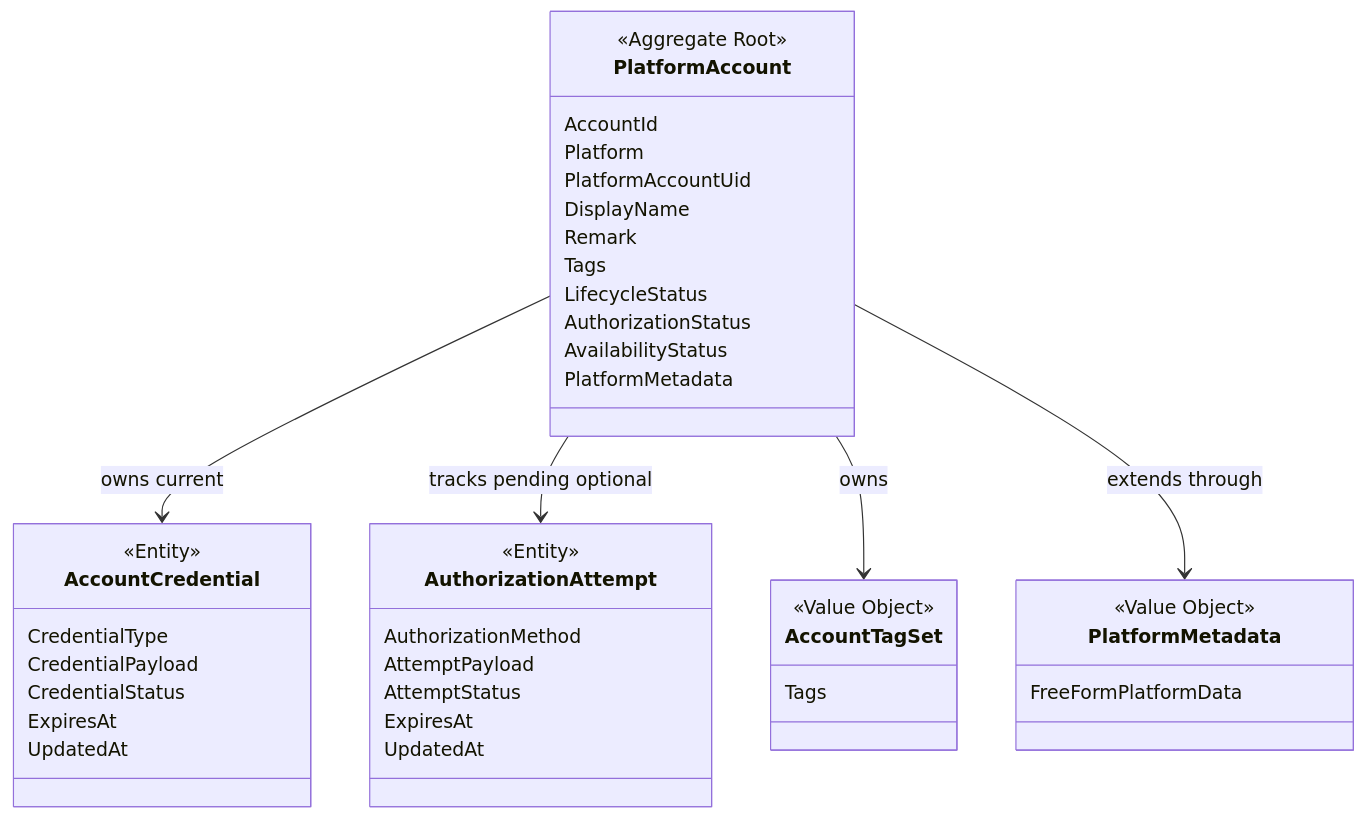
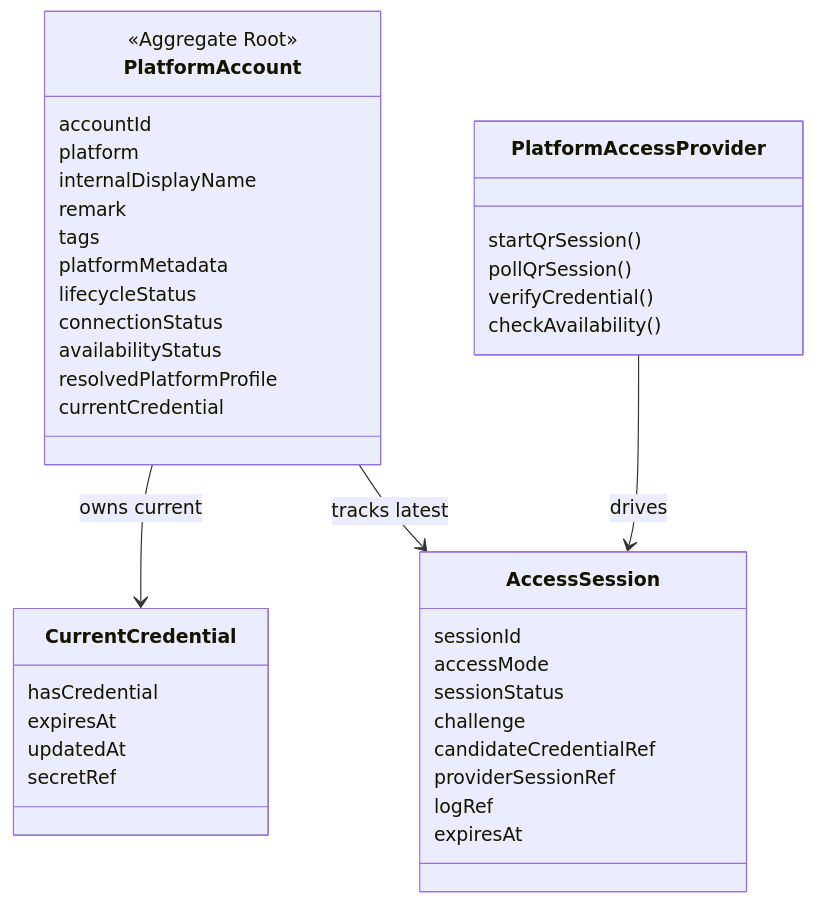
Before and after one commit to Time-Machine-Lab/CyberNomads: the diagram in docs/design/domain/Cybernomads账号池领域设计文档.md, drawn with Mermaid. The commit also changed other lines of this file and 65 other files, not shown here.

Commit message:
feat(account): rebuild account module around access sessions

````diff
--- a/docs/design/domain/Cybernomads账号池领域设计文档.md
+++ b/docs/design/domain/Cybernomads账号池领域设计文档.md
@@ -40,49 +49,46 @@
 ```mermaid
 classDiagram
     class PlatformAccount {
         <<Aggregate Root>>
-        AccountId
-        Platform
-        PlatformAccountUid
-        DisplayName
-        Remark
-        Tags
-        LifecycleStatus
-        AuthorizationStatus
-        AvailabilityStatus
-        PlatformMetadata
+        accountId
+        platform
+        internalDisplayName
+        remark
+        tags
+        platformMetadata
+        lifecycleStatus
+        connectionStatus
+        availabilityStatus
+        resolvedPlatformProfile
+        currentCredential
     }
 
-    class AccountCredential {
-        <<Entity>>
-        CredentialType
-        CredentialPayload
-        CredentialStatus
-        ExpiresAt
-        UpdatedAt
+    class CurrentCredential {
+        hasCredential
+        expiresAt
+        updatedAt
+        secretRef
     }
 
-    class AuthorizationAttempt {
-        <<Entity>>
-        AuthorizationMethod
-        AttemptPayload
-        AttemptStatus
-        ExpiresAt
-        UpdatedAt
+    class AccessSession {
+        sessionId
+        accessMode
+        sessionStatus
+        challenge
+        candidateCredentialRef
+        providerSessionRef
+        logRef
+        expiresAt
     }
 
-    class AccountTagSet {
-        <<Value Object>>
-        Tags
+    class PlatformAccessProvider {
+        startQrSession()
+        pollQrSession()
+        verifyCredential()
+        checkAvailability()
     }
 
-    class PlatformMetadata {
-        <<Value Object>>
-        FreeFormPlatformData
-    }
-
-    PlatformAccount --> AccountCredential : owns current
-    PlatformAccount --> AuthorizationAttempt : tracks pending optional
-    PlatformAccount --> AccountTagSet : owns
-    PlatformAccount --> PlatformMetadata : extends through
+    PlatformAccount --> CurrentCredential : owns current
+    PlatformAccount --> AccessSession : tracks latest
+    PlatformAccessProvider --> AccessSession : drives
 ```
````
